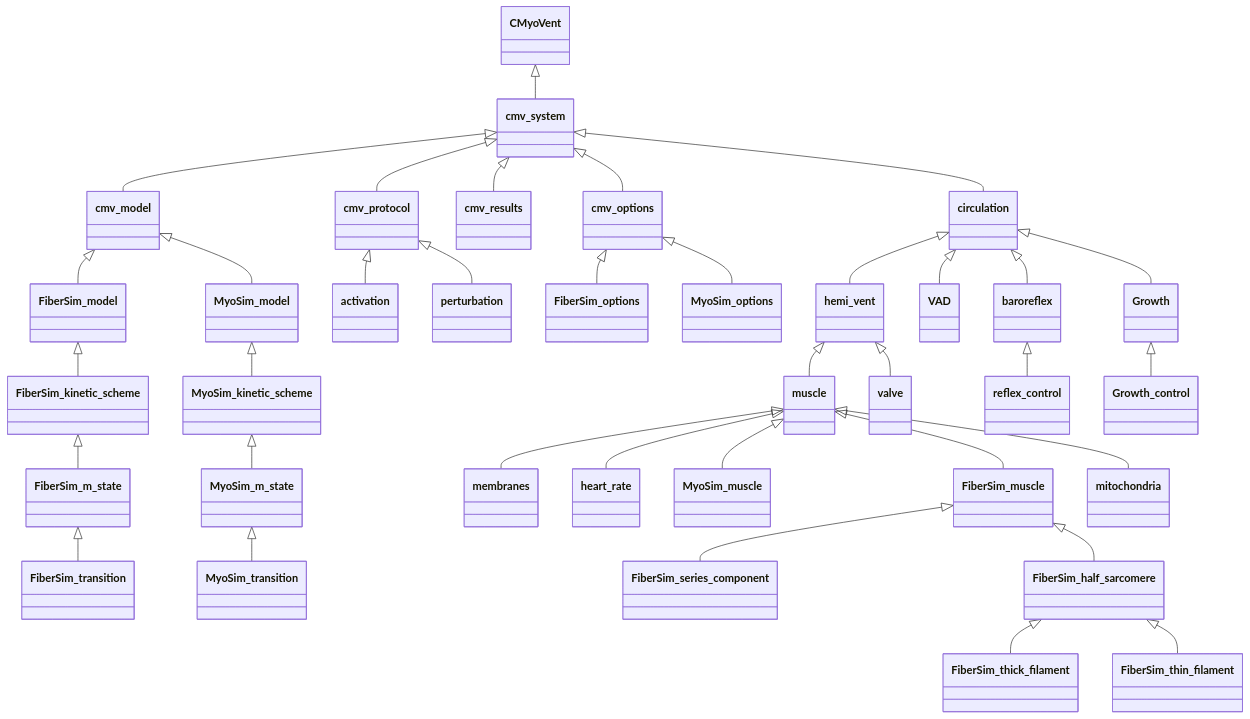
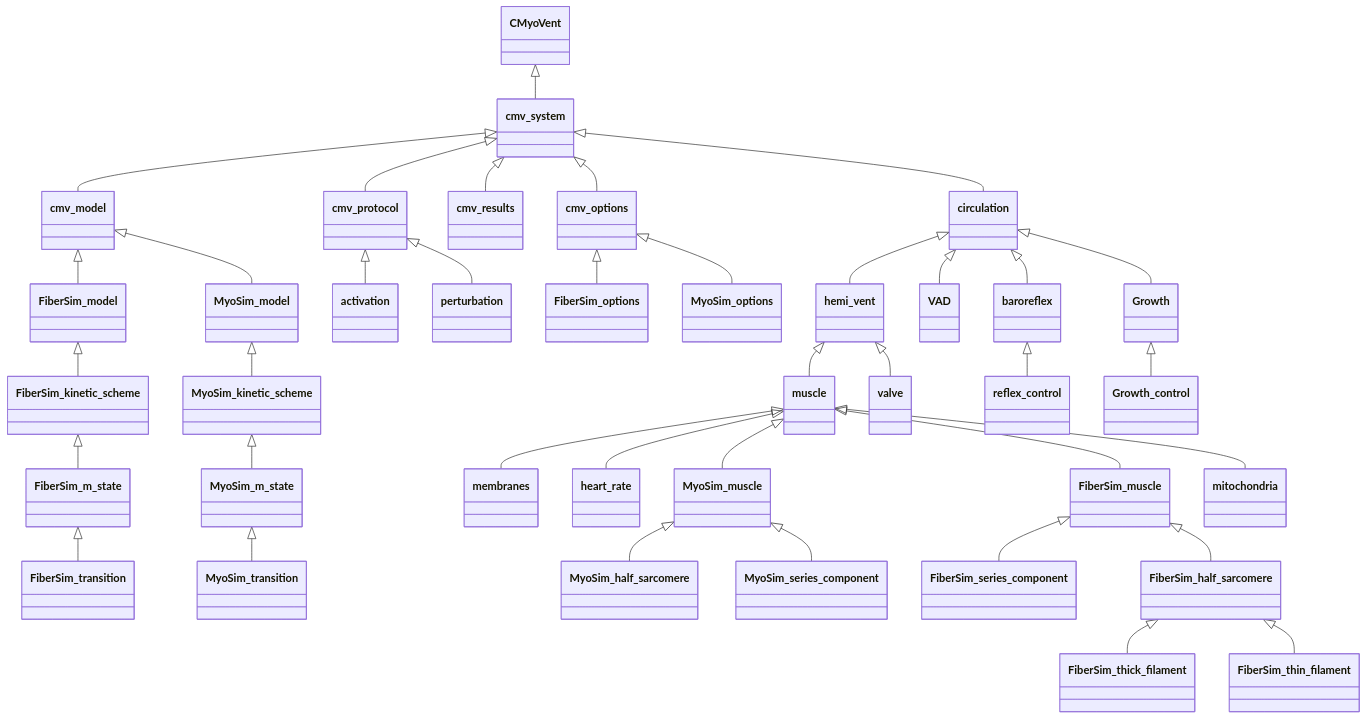
The diagram in README.md (Campbell-Muscle-Lab/MyoVent), drawn with Mermaid before and after one commit. The commit also changed 17 other files, not shown here.

Commit message:
Next up - put damper in FiberSim series connection

`````diff
--- a/README.md
+++ b/README.md
@@ -3,55 +3,58 @@
 ````mermaid
 
 classDiagram
     
     CMyoVent <|-- cmv_system
     
     cmv_system <|-- cmv_model
     cmv_system <|-- cmv_protocol
     cmv_system <|-- cmv_results
     cmv_system <|-- cmv_options
     cmv_system <|-- circulation
 
     cmv_model <|-- FiberSim_model
     cmv_model <|-- MyoSim_model
 
     cmv_protocol <|-- activation
     cmv_protocol <|-- perturbation
 
     cmv_options <|-- FiberSim_options
     cmv_options <|-- MyoSim_options
 
     circulation <|-- hemi_vent
     circulation <|-- VAD
     circulation <|-- baroreflex
     circulation <|-- Growth
     
     hemi_vent <|-- muscle
     hemi_vent <|-- valve
     
     muscle <|-- membranes
     muscle <|-- heart_rate
     muscle <|-- MyoSim_muscle
     muscle <|-- FiberSim_muscle
     muscle <|-- mitochondria
 
     baroreflex <|-- reflex_control
     
     Growth <|-- Growth_control
     
     FiberSim_model <|-- FiberSim_kinetic_scheme
     FiberSim_kinetic_scheme <|-- FiberSim_m_state
     FiberSim_m_state <|-- FiberSim_transition
     
     MyoSim_model <|-- MyoSim_kinetic_scheme
     MyoSim_kinetic_scheme <|-- MyoSim_m_state
     MyoSim_m_state <|-- MyoSim_transition
 
     FiberSim_muscle <|-- FiberSim_series_component
     FiberSim_muscle <|-- FiberSim_half_sarcomere
 
     FiberSim_half_sarcomere <|-- FiberSim_thick_filament
     FiberSim_half_sarcomere <|-- FiberSim_thin_filament
 
+    MyoSim_muscle <|-- MyoSim_half_sarcomere
+    MyoSim_muscle <|-- MyoSim_series_component
+
 
 ````
`````
